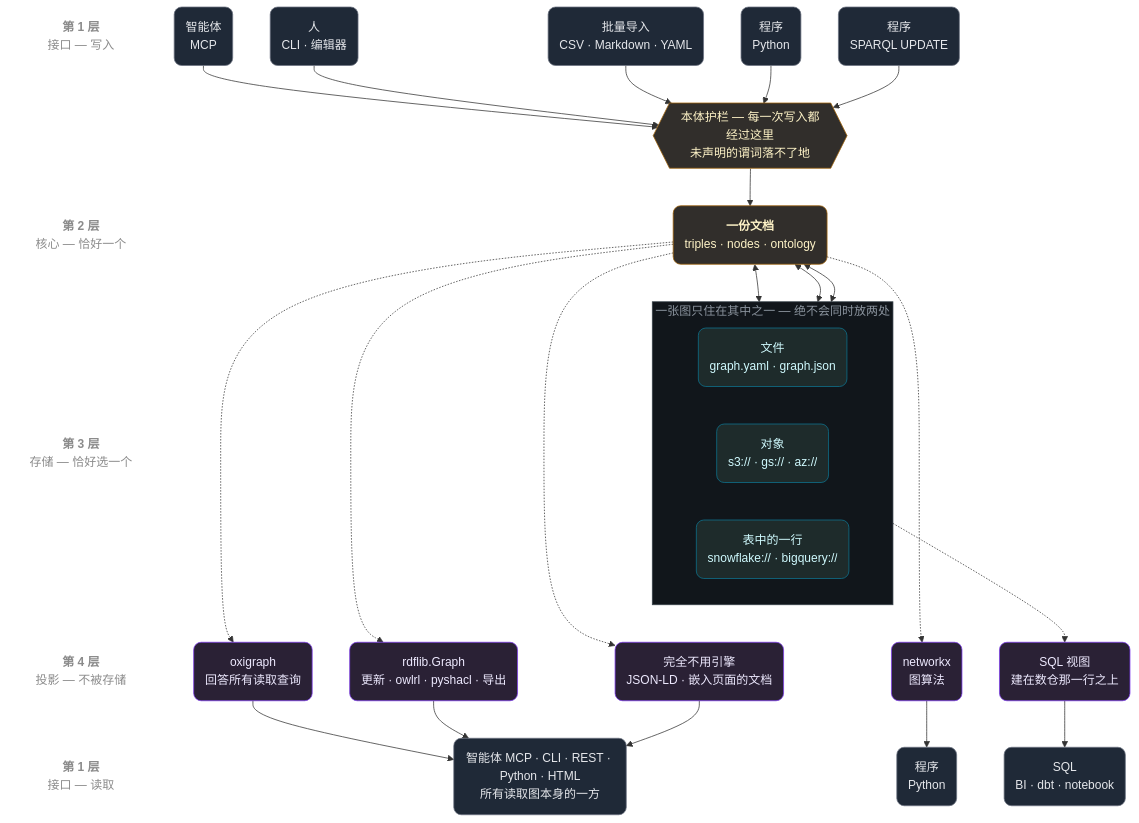
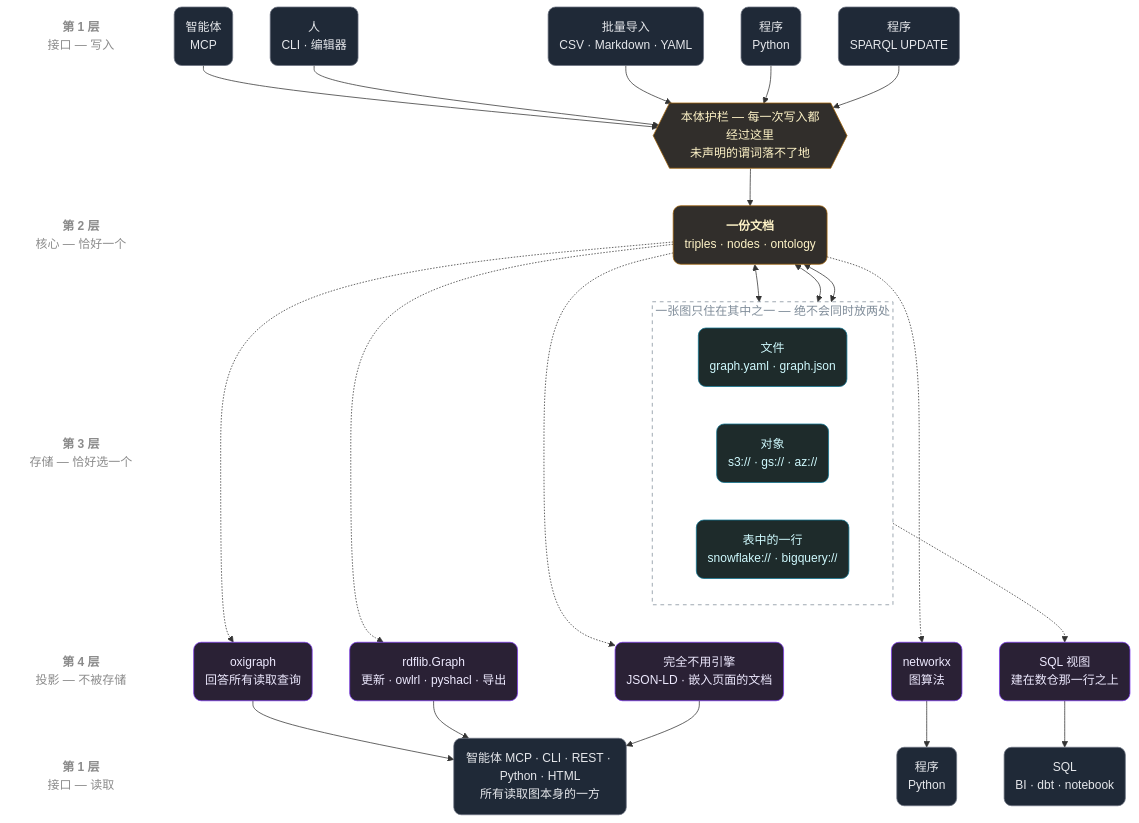
One commit to RyutoYoda/trikedb changed the first of 3 diagrams in docs/ARCHITECTURE_zh.md. Above: the diagram before and after it, drawn with Mermaid. The commit also changed 2 other files, not shown here.

Commit message:
docs: 排他の囲みを塗りなしにした。GitHub のライトテーマで黒い板になっていた
塗りを入れるとどちらかのテーマで必ず浮く。破線の囲みとグレーの
ラベルだけにして、白地と黒地の両方で読めることを確認した。

````diff
--- a/docs/ARCHITECTURE_zh.md
+++ b/docs/ARCHITECTURE_zh.md
@@ -9,68 +9,68 @@
 ```mermaid
 flowchart TB
     LA["<b>第 1 层</b><br/>接口 — 写入"]
     LG[" "]
     LB["<b>第 2 层</b><br/>核心 — 恰好一个"]
     LC["<b>第 3 层</b><br/>存储 — 恰好选一个"]
     LD["<b>第 4 层</b><br/>投影 — 不被存储"]
     LE["<b>第 1 层</b><br/>接口 — 读取"]
     LA ~~~ LG ~~~ LB ~~~ LC ~~~ LD ~~~ LE
 
     WA("智能体<br/>MCP")
     WC("人<br/>CLI · 编辑器")
     WI("批量导入<br/>CSV · Markdown · YAML")
     WP("程序<br/>Python")
     WU("程序<br/>SPARQL UPDATE")
     G{{"本体护栏 — 每一次写入都经过这里<br/>未声明的谓词落不了地"}}
     C("<b>一份文档</b><br/>triples · nodes · ontology")
     subgraph pick["一张图只住在其中之一 — 绝不会同时放两处"]
         direction LR
         SF("文件<br/>graph.yaml · graph.json")
         SO("对象<br/>s3:// · gs:// · az://")
         SW("表中的一行<br/>snowflake:// · bigquery://")
     end
     PO("oxigraph<br/>回答所有读取查询")
     PR("rdflib.Graph<br/>更新 · owlrl · pyshacl · 导出")
     PN("networkx<br/>图算法")
     PV("SQL 视图<br/>建在数仓那一行之上")
     PD("完全不用引擎<br/>JSON-LD · 嵌入页面的文档")
     RQ("智能体 MCP · CLI · REST · Python · HTML<br/>所有读取图本身的一方")
     RG("程序<br/>Python")
     RS("SQL<br/>BI · dbt · notebook")
 
     WA --> G
     WC --> G
     WI --> G
     WP --> G
     WU --> G
     G --> C
     C <--> SF
     C <--> SO
     C <--> SW
     SF ~~~ PO
     SF ~~~ PR
     SO ~~~ PN
     SW -.-> PV
     SW ~~~ PD
     C -.-> PO
     C -.-> PR
     C -.-> PN
     C -.-> PD
     PO --> RQ
     PR --> RQ
     PN --> RG
     PV --> RS
     PD --> RQ
 
-    style pick fill:#11161b,stroke:#39434b,color:#8b949e
+    style pick fill:none,stroke:#7f8c99,stroke-dasharray:5 5,color:#7f8c99
     classDef lbl fill:none,stroke:none,color:#8b8b8b
     classDef iface fill:#1f2937,stroke:#6b7280,color:#e5e7eb,rx:10,ry:10
     classDef core fill:#312e2b,stroke:#a16207,color:#fef3c7,rx:10,ry:10
     classDef store fill:#1e2b2b,stroke:#0e7490,color:#cffafe,rx:10,ry:10
     classDef proj fill:#2a2135,stroke:#7c3aed,color:#ede9fe,rx:10,ry:10
     class LA,LG,LB,LC,LD,LE lbl
     class WA,WC,WI,WP,WU,RQ,RG,RS iface
     class C,G core
     class SF,SO,SW store
     class PO,PR,PN,PV,PD proj
 ```
````
